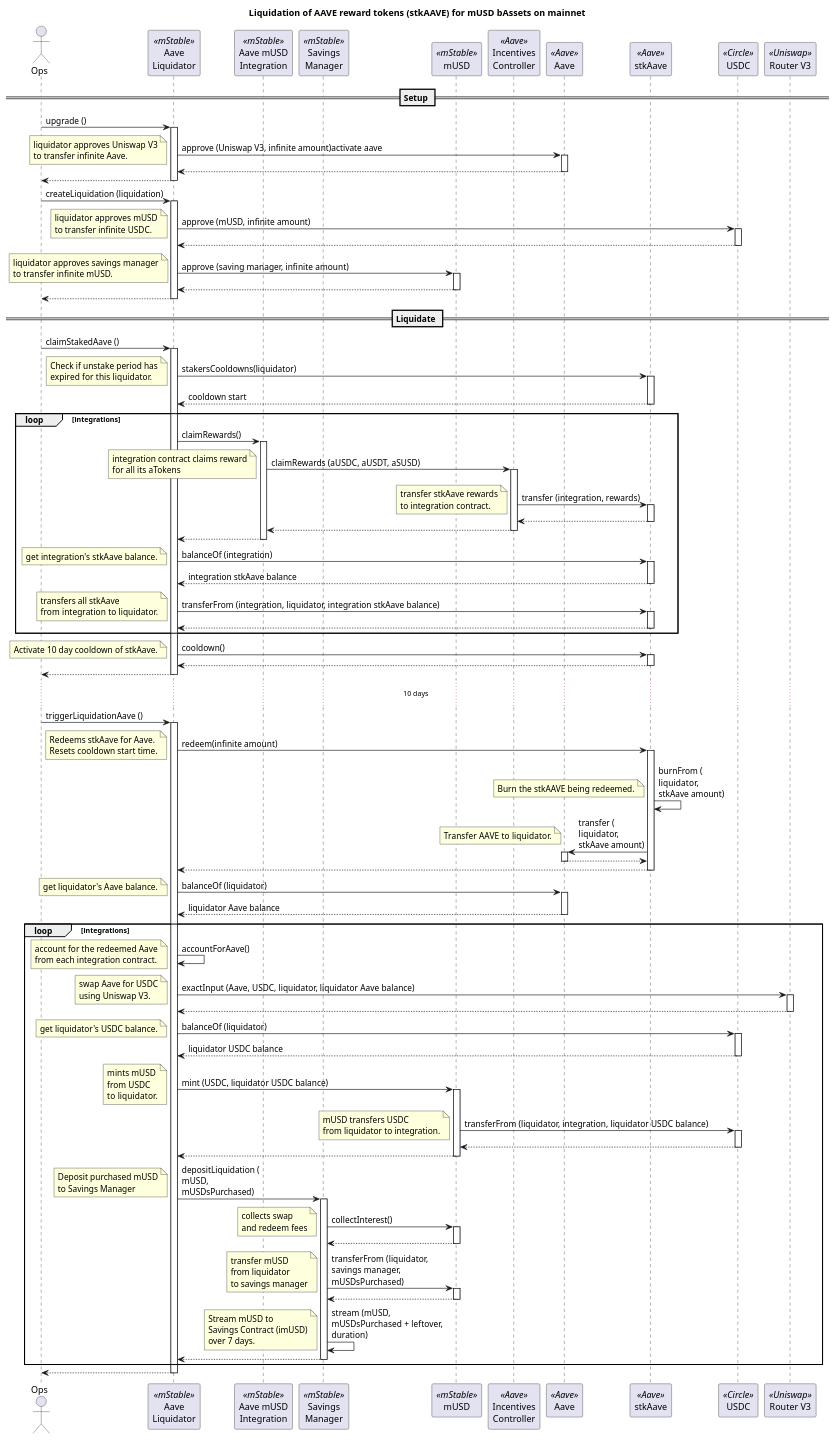
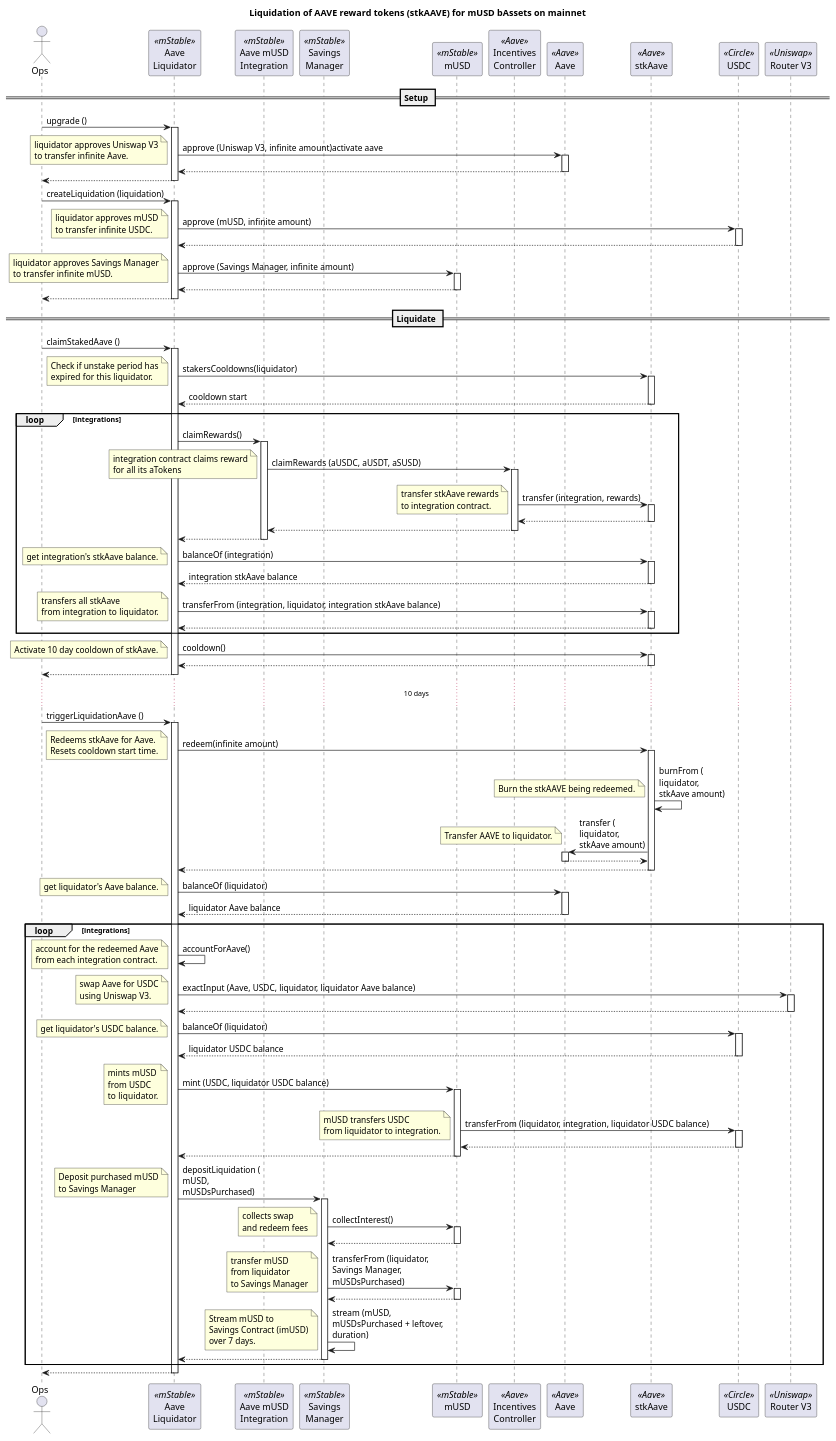
Before and after one commit to mstable/mStable-process-docs: the diagram in liquidations/aaveMusdLiquidation.puml, drawn with PlantUML. The commit also changed 17 other files, not shown here.

```diff
--- a/liquidations/aaveMusdLiquidation.puml
+++ b/liquidations/aaveMusdLiquidation.puml
@@ -1,133 +1,133 @@
 @startuml
 
 title "Liquidation of AAVE reward tokens (stkAAVE) for mUSD bAssets on mainnet"
  
 actor Ops as ops
 participant "Aave\nLiquidator" as liq <<mStable>>
 participant "Aave mUSD\nIntegration" as int <<mStable>>
 participant "Savings\nManager" as sm <<mStable>>
 participant "mUSD" as mAsset <<mStable>>
 participant "Incentives\nController" as ic <<Aave>>
 participant "Aave" as aave <<Aave>>
 participant "stkAave" as stkAave <<Aave>>
 participant "USDC" as usdc <<Circle>>
 participant "Router V3" as uni <<Uniswap>>
 
 == Setup ==
 
 ops -> liq : upgrade ()
 activate liq
 liq -> aave : approve (Uniswap V3, infinite amount)activate aave
 activate aave
 note left : liquidator approves Uniswap V3\nto transfer infinite Aave.
 return
 return
 
 ops -> liq : createLiquidation (liquidation)
 activate liq
 liq -> usdc : approve (mUSD, infinite amount)
 activate usdc
 note left : liquidator approves mUSD\nto transfer infinite USDC.
 return
-liq -> mAsset : approve (saving manager, infinite amount)
+liq -> mAsset : approve (Savings Manager, infinite amount)
 activate mAsset
-note left : liquidator approves savings manager\nto transfer infinite mUSD.
+note left : liquidator approves Savings Manager\nto transfer infinite mUSD.
 return
 return
 
 == Liquidate ==
 
 ops -> liq : claimStakedAave ()
 activate liq
 liq -> stkAave : stakersCooldowns(liquidator)
 note left : Check if unstake period has\nexpired for this liquidator.
 activate stkAave
 return cooldown start
 loop integrations
 liq -> int : claimRewards()
 activate int
 int -> ic : claimRewards (aUSDC, aUSDT, aSUSD)
 note left : integration contract claims reward\nfor all its aTokens
 activate ic
 ic -> stkAave : transfer (integration, rewards)
 note left : transfer stkAave rewards\nto integration contract.
 activate stkAave
 return
 return
 return
 liq -> stkAave : balanceOf (integration)
 activate stkAave
 note left : get integration's stkAave balance.
 return integration stkAave balance
 liq -> stkAave : transferFrom (integration, liquidator, integration stkAave balance)
 note left : transfers all stkAave\nfrom integration to liquidator.
 activate stkAave
 return
 end
 liq -> stkAave : cooldown()
 note left : Activate 10 day cooldown of stkAave.
 activate stkAave
 return
 return
 
 ...10 days...
 
 ops -> liq : triggerLiquidationAave ()
 activate liq
 liq -> stkAave : redeem(infinite amount)
 activate stkAave
 note left : Redeems stkAave for Aave.\nResets cooldown start time.
 stkAave -> stkAave : burnFrom (\nliquidator,\nstkAave amount)
 note left : Burn the stkAAVE being redeemed.
 stkAave -> aave : transfer (\nliquidator,\nstkAave amount)
 note left : Transfer AAVE to liquidator.
 activate aave
 return
 return
 
 liq -> aave : balanceOf (liquidator)
 activate aave
 note left : get liquidator's Aave balance.
 return liquidator Aave balance
 
 loop integrations
 liq -> liq : accountForAave()
 note left : account for the redeemed Aave\nfrom each integration contract.
 
 liq -> uni : exactInput (Aave, USDC, liquidator, liquidator Aave balance)
 activate uni
 note left : swap Aave for USDC\nusing Uniswap V3.
 return
 
 liq -> usdc : balanceOf (liquidator)
 activate usdc
 note left: get liquidator's USDC balance.
 return liquidator USDC balance
 
 liq -> mAsset : mint (USDC, liquidator USDC balance)
 activate mAsset
 note left : mints mUSD\nfrom USDC\nto liquidator.
 mAsset -> usdc : transferFrom (liquidator, integration, liquidator USDC balance)
 activate usdc
 note left : mUSD transfers USDC\nfrom liquidator to integration.
 return
 return
 
 liq -> sm : depositLiquidation (\nmUSD,\nmUSDsPurchased)
 activate sm
 note left : Deposit purchased mUSD\nto Savings Manager
 sm -> mAsset : collectInterest()
 activate mAsset
 note left : collects swap\nand redeem fees
 return
-sm -> mAsset : transferFrom (liquidator,\nsavings manager,\nmUSDsPurchased)
+sm -> mAsset : transferFrom (liquidator,\nSavings Manager,\nmUSDsPurchased)
 activate mAsset
-note left : transfer mUSD\nfrom liquidator\nto savings manager
+note left : transfer mUSD\nfrom liquidator\nto Savings Manager
 return
 sm -> sm : stream (mUSD,\nmUSDsPurchased + leftover,\nduration)
 note left : Stream mUSD to\nSavings Contract (imUSD)\nover 7 days.
 return
 end
 return
 
 @enduml
```
